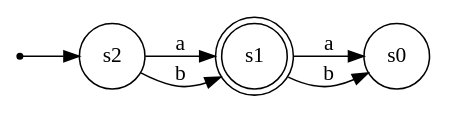
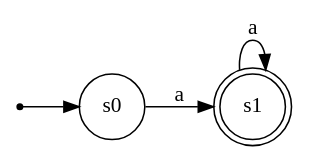
Before and after one commit to sauravatgithub-web/REGEX-to-Automata: the diagram in dots/mini_dfa.dot, drawn with Graphviz. The commit also changed 8 other files, not shown here.

```diff
--- a/dots/mini_dfa.dot
+++ b/dots/mini_dfa.dot
@@ -1,12 +1,10 @@
 digraph Automaton {
     rankdir=LR;
     node [shape=circle];
 
     __start__ [shape=point];
-    __start__ -> s2;
+    __start__ -> s0;
     s1 [shape=doublecircle];
-    s2 -> s1 [label="a"];
-    s2 -> s1 [label="b"];
-    s1 -> s0 [label="a"];
-    s1 -> s0 [label="b"];
+    s0 -> s1 [label="a"];
+    s1 -> s1 [label="a"];
 }
```
